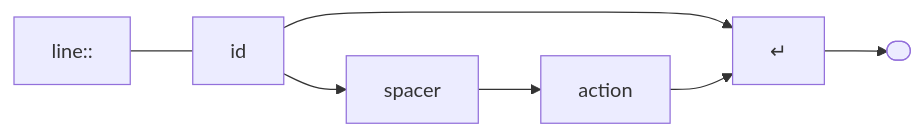
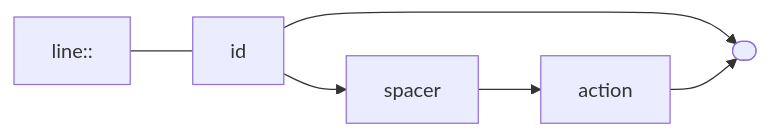
Before and after one commit to andrewfstratton/quandoscript: the third of 16 diagrams in README.md, drawn with Mermaid. The commit also changed other lines of this file, not shown here.

````diff
--- a/README.md
+++ b/README.md
@@ -22,6 +21,6 @@
 ```mermaid
 graph LR
     stop([ ])
-    line::---id--> nl["↵"]-->stop
-    id-->spacer-->action-->nl
+    id-->stop
+    line::---id-->spacer-->action-->stop
 ```
````
